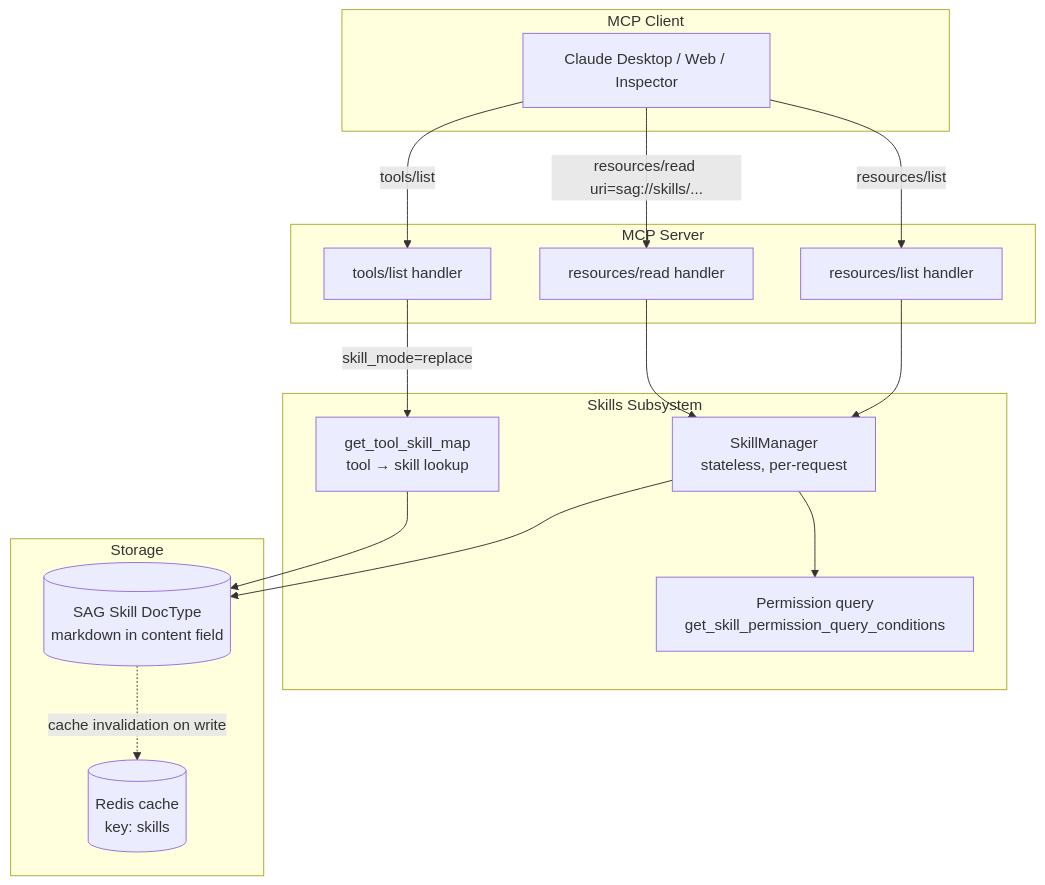
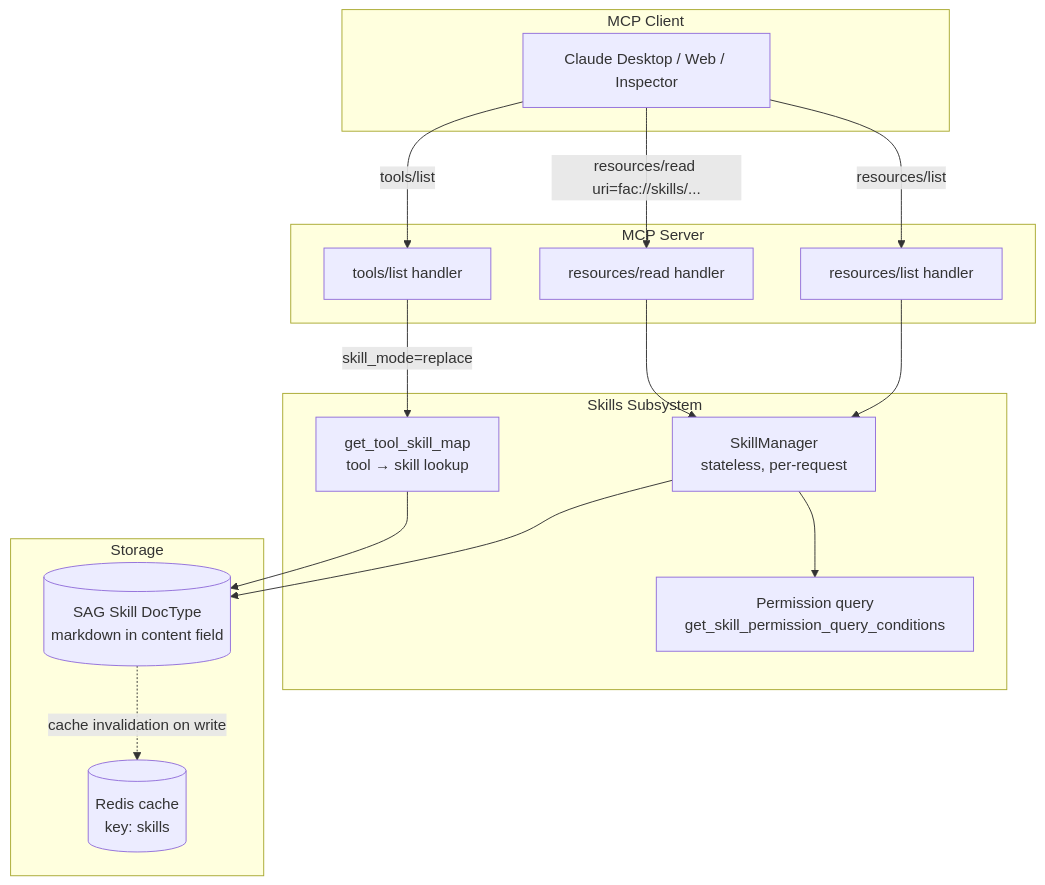
Before and after one commit to waddah82/shams_ai_gateway: the second of 2 diagrams in docs/internals/INTERNALS.md, drawn with Mermaid. The commit also changed other lines of this file and 33 other files, not shown here.

````diff
--- a/docs/internals/INTERNALS.md
+++ b/docs/internals/INTERNALS.md
@@ -895,36 +895,36 @@
 ```mermaid
 graph TB
     subgraph "MCP Client"
         Client[Claude Desktop / Web / Inspector]
     end
 
     subgraph "MCP Server"
         ToolsList[tools/list handler]
         ResList[resources/list handler]
         ResRead[resources/read handler]
     end
 
     subgraph "Skills Subsystem"
         SM[SkillManager<br/>stateless, per-request]
         PermQuery[Permission query<br/>get_skill_permission_query_conditions]
         ToolMap[get_tool_skill_map<br/>tool → skill lookup]
     end
 
     subgraph "Storage"
-        FACSkill[(SAG Skill DocType<br/>markdown in content field)]
+        SAGSkill[(SAG Skill DocType<br/>markdown in content field)]
         SkillCache[(Redis cache<br/>key: skills)]
     end
 
     Client -->|tools/list| ToolsList
     Client -->|resources/list| ResList
-    Client -->|resources/read uri=sag://skills/...| ResRead
+    Client -->|resources/read uri=fac://skills/...| ResRead
 
     ToolsList -->|skill_mode=replace| ToolMap
     ResList --> SM
     ResRead --> SM
 
     SM --> PermQuery
-    SM --> FACSkill
-    ToolMap --> FACSkill
-    FACSkill -.cache invalidation on write.-> SkillCache
+    SM --> SAGSkill
+    ToolMap --> SAGSkill
+    SAGSkill -.cache invalidation on write.-> SkillCache
 ```
````
